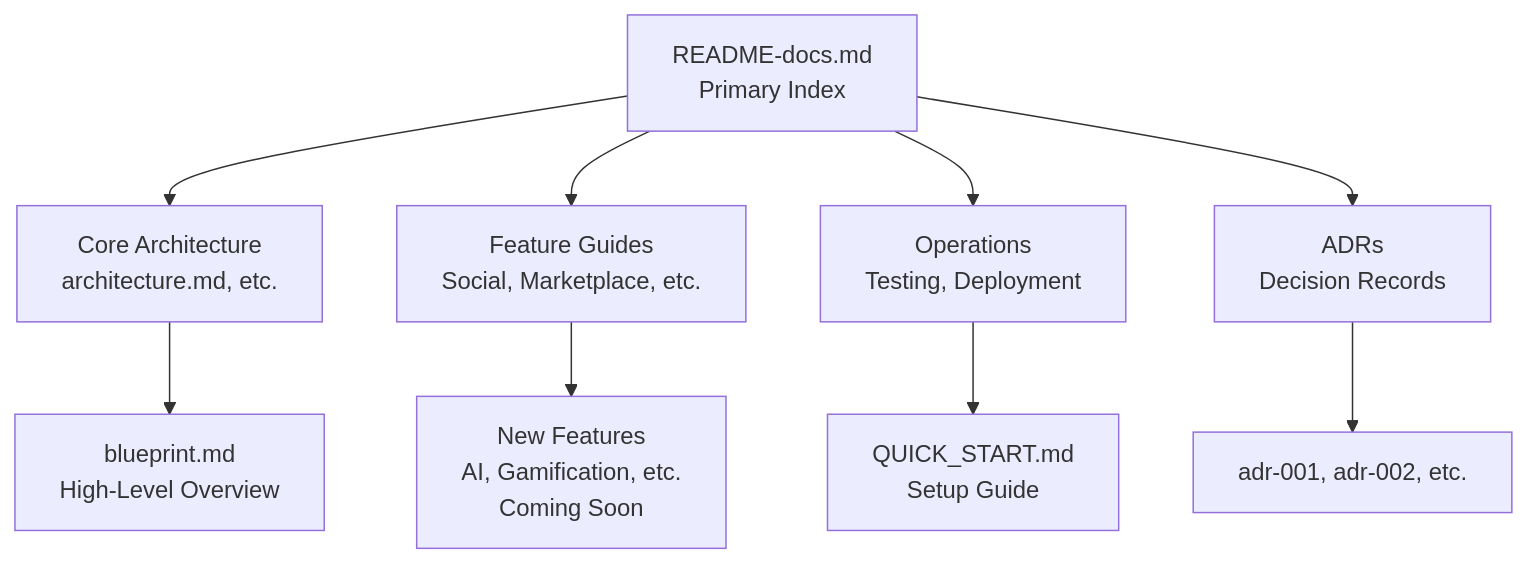
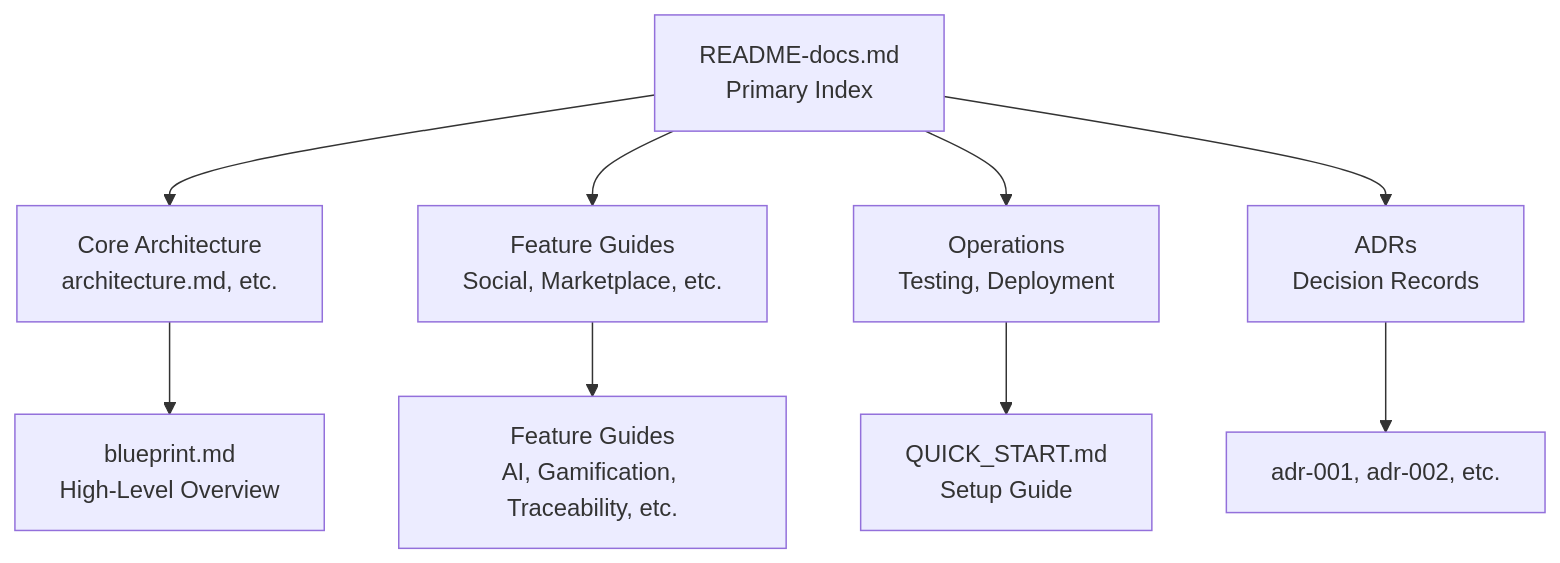
One commit to zion812/ROSTRY changed the diagram in docs/README-docs.md. Above: the diagram before and after it, drawn with Mermaid. The commit also changed other lines of this file and 41 other files, not shown here.

````diff
--- a/docs/README-docs.md
+++ b/docs/README-docs.md
@@ -176,11 +176,11 @@
 ```mermaid
 flowchart TD
     A[README-docs.md<br/>Primary Index] --> B[Core Architecture<br/>architecture.md, etc.]
     A --> C[Feature Guides<br/>Social, Marketplace, etc.]
     A --> D[Operations<br/>Testing, Deployment]
     A --> E[ADRs<br/>Decision Records]
     B --> F[blueprint.md<br/>High-Level Overview]
-    C --> G[New Features<br/>AI, Gamification, etc.<br/>Coming Soon]
+    C --> G[Feature Guides<br/>AI, Gamification, Traceability, etc.]
     D --> H[QUICK_START.md<br/>Setup Guide]
     E --> I[adr-001, adr-002, etc.]
 ```
````
